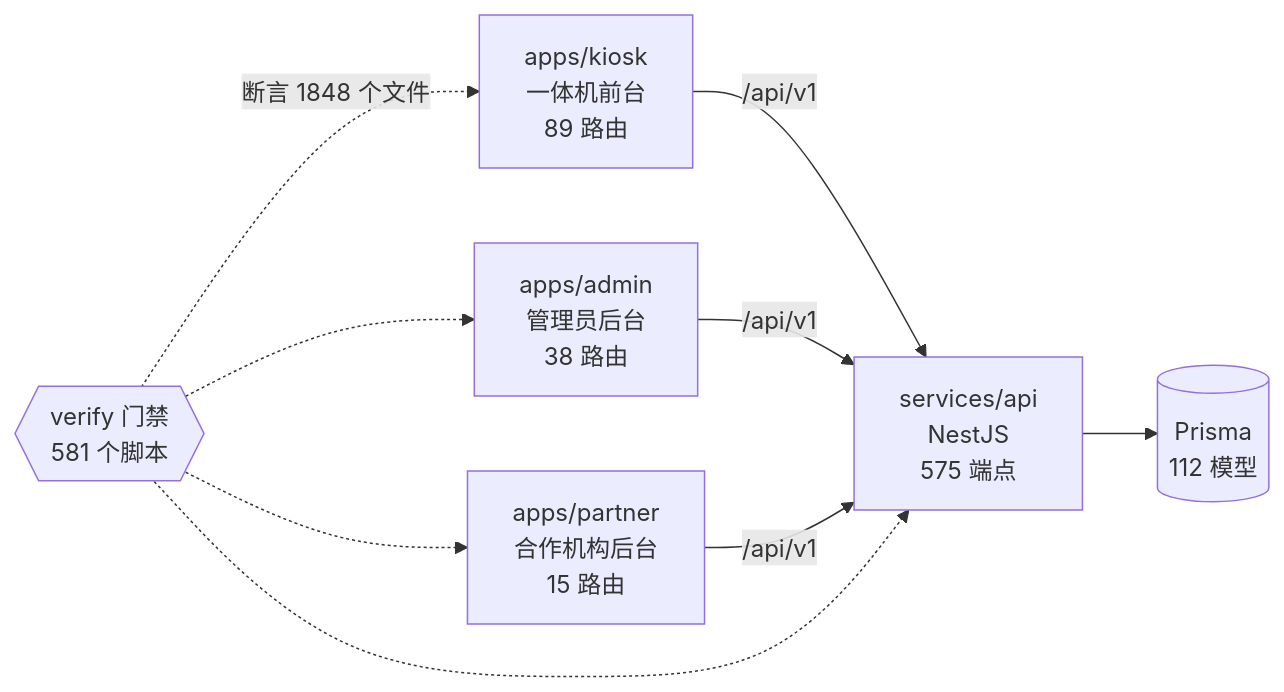
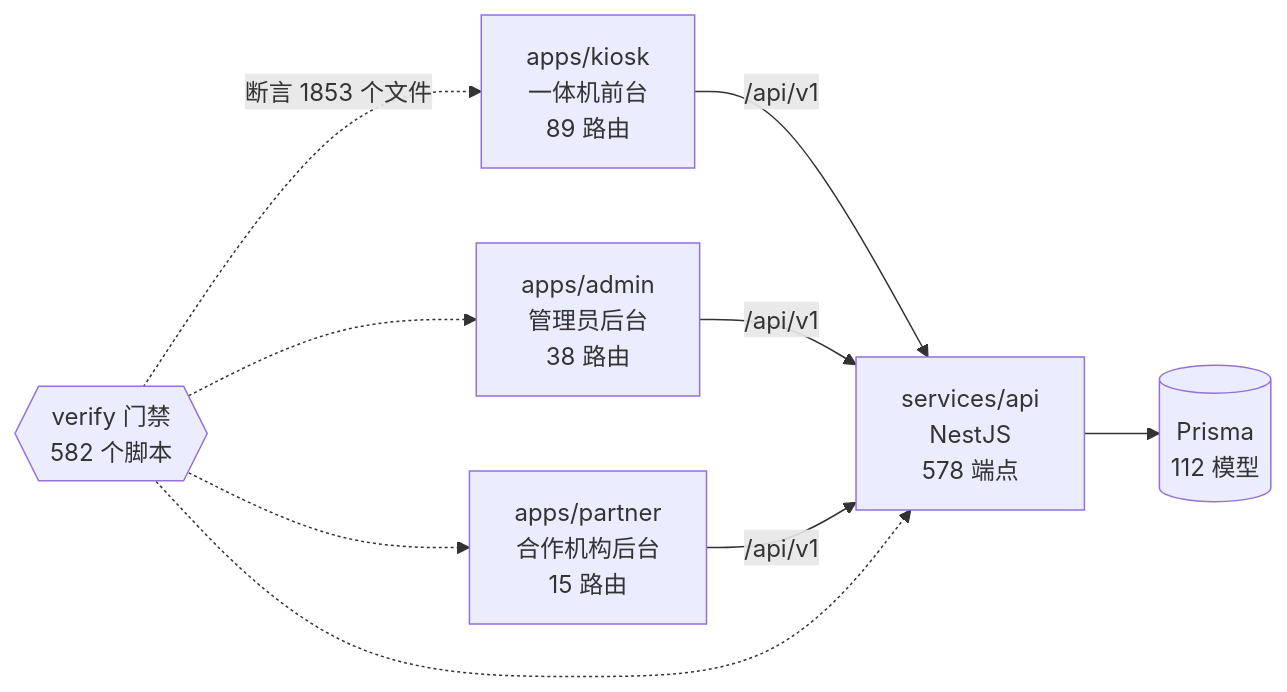
One commit to wanglei581/YITIJI changed the diagram in docs/graph/README.md. Above: the diagram before and after it, drawn with Mermaid. The commit also changed other lines of this file and 4 other files, not shown here.

Commit message:
chore(graph): support-contact 改动后重生图谱

````diff
--- a/docs/graph/README.md
+++ b/docs/graph/README.md
@@ -68,18 +68,18 @@
 ```mermaid
 flowchart LR
   kiosk["apps/kiosk<br/>一体机前台<br/>89 路由"]
   admin["apps/admin<br/>管理员后台<br/>38 路由"]
   partner["apps/partner<br/>合作机构后台<br/>15 路由"]
-  api["services/api<br/>NestJS<br/>575 端点"]
+  api["services/api<br/>NestJS<br/>578 端点"]
   db[("Prisma<br/>112 模型")]
-  gates{{"verify 门禁<br/>581 个脚本"}}
+  gates{{"verify 门禁<br/>582 个脚本"}}
 
   kiosk -->|"/api/v1"| api
   admin -->|"/api/v1"| api
   partner -->|"/api/v1"| api
   api --> db
-  gates -.->|"断言 1848 个文件"| kiosk
+  gates -.->|"断言 1853 个文件"| kiosk
   gates -.-> admin
   gates -.-> partner
   gates -.-> api
 ```
````
